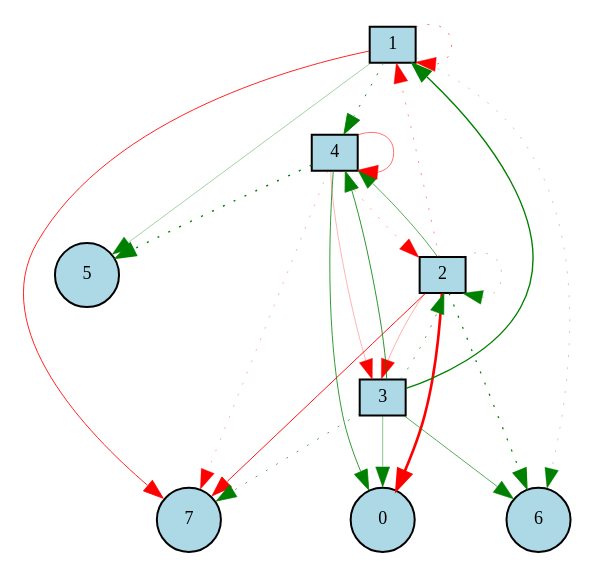
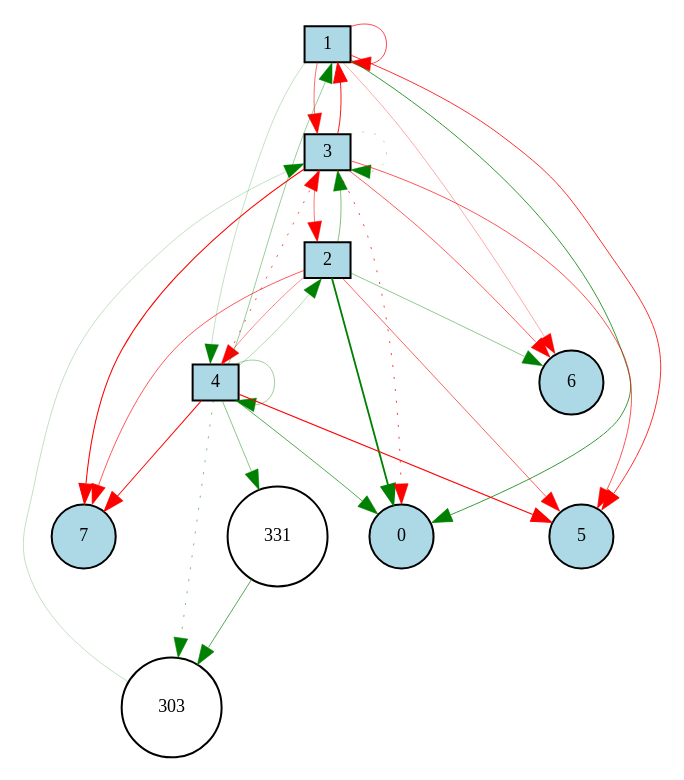
The diagram in out/Digraph.gv (katomasahiro10/cyclic_task), drawn with Graphviz before and after one commit. The commit also changed 204 other files, not shown here.

```diff
--- a/out/Digraph.gv
+++ b/out/Digraph.gv
@@ -1,39 +1,47 @@
 digraph {
 	node [fontsize=9 height=0.2 shape=circle width=0.2]
 	1 [fillcolor=lightgray shape=box style=filled]
 	2 [fillcolor=lightgray shape=box style=filled]
 	3 [fillcolor=lightgray shape=box style=filled]
 	4 [fillcolor=lightgray shape=box style=filled]
 	0 [fillcolor=lightblue style=filled]
 	1 [fillcolor=lightblue style=filled]
 	2 [fillcolor=lightblue style=filled]
 	3 [fillcolor=lightblue style=filled]
 	4 [fillcolor=lightblue style=filled]
 	5 [fillcolor=lightblue style=filled]
 	6 [fillcolor=lightblue style=filled]
 	7 [fillcolor=lightblue style=filled]
-	3 -> 6 [color=green penwidth=0.32574115804722314 style=solid]
-	4 -> 5 [color=green penwidth=0.7185572783153044 style=dotted]
-	2 -> 0 [color=red penwidth=1.3196049321573255 style=solid]
-	2 -> 2 [color=green penwidth=0.1701887556483367 style=dotted]
-	2 -> 1 [color=red penwidth=0.22082746382411217 style=dotted]
-	3 -> 1 [color=green penwidth=0.68973565791044 style=solid]
-	4 -> 4 [color=red penwidth=0.2847537116181535 style=solid]
-	4 -> 3 [color=red penwidth=0.15326766557975754 style=solid]
-	1 -> 5 [color=green penwidth=0.1786754146867945 style=solid]
-	4 -> 0 [color=green penwidth=0.396461660454157 style=solid]
-	2 -> 7 [color=red penwidth=0.4599751063800186 style=solid]
-	4 -> 7 [color=red penwidth=0.15446504312193088 style=dotted]
-	1 -> 1 [color=red penwidth=0.2718470079761077 style=dotted]
-	3 -> 7 [color=green penwidth=0.3331705404177103 style=dotted]
-	4 -> 2 [color=red penwidth=0.17875798161258694 style=dotted]
-	2 -> 3 [color=red penwidth=0.1575329474664978 style=solid]
-	1 -> 7 [color=red penwidth=0.43162198134806506 style=solid]
-	3 -> 0 [color=green penwidth=0.22617651852880047 style=solid]
-	3 -> 2 [color=green penwidth=0.3246670297029073 style=dotted]
-	2 -> 4 [color=green penwidth=0.33164656407745663 style=solid]
-	1 -> 4 [color=green penwidth=0.44594572237410257 style=dotted]
-	3 -> 4 [color=green penwidth=0.4070188389230649 style=solid]
-	1 -> 6 [color=green penwidth=0.15337437427047 style=dotted]
-	2 -> 6 [color=green penwidth=0.6150980050747239 style=dotted]
+	331 [fillcolor=white style=filled]
+	303 [fillcolor=white style=filled]
+	3 -> 6 [color=red penwidth=0.31887545803264916 style=solid]
+	4 -> 5 [color=red penwidth=0.5778578991603716 style=solid]
+	2 -> 0 [color=green penwidth=0.9126347670137243 style=solid]
+	4 -> 331 [color=green penwidth=0.23186732806070995 style=solid]
+	3 -> 3 [color=green penwidth=0.1470797556916692 style=dotted]
+	1 -> 4 [color=green penwidth=0.1153222354907476 style=solid]
+	3 -> 1 [color=red penwidth=0.46147585694675497 style=solid]
+	4 -> 4 [color=green penwidth=0.19412488079166412 style=solid]
+	4 -> 3 [color=red penwidth=0.34873954078210045 style=dotted]
+	1 -> 5 [color=red penwidth=0.41012978557533686 style=solid]
+	4 -> 0 [color=green penwidth=0.3359005510745743 style=solid]
+	331 -> 303 [color=green penwidth=0.3362617302163629 style=solid]
+	2 -> 7 [color=red penwidth=0.3322927428668835 style=solid]
+	3 -> 5 [color=red penwidth=0.33815983812165573 style=solid]
+	1 -> 0 [color=green penwidth=0.39879183202372415 style=solid]
+	4 -> 1 [color=green penwidth=0.20080118908629535 style=solid]
+	1 -> 1 [color=red penwidth=0.36153192382609234 style=solid]
+	3 -> 7 [color=red penwidth=0.5307758043848112 style=solid]
+	2 -> 5 [color=red penwidth=0.30614841019124295 style=solid]
+	4 -> 2 [color=green penwidth=0.14842175772771193 style=solid]
+	2 -> 3 [color=green penwidth=0.24555308006403573 style=solid]
+	303 -> 3 [color=green penwidth=0.11706872617595007 style=solid]
+	3 -> 0 [color=red penwidth=0.37886206412570456 style=dotted]
+	1 -> 3 [color=red penwidth=0.2940723769233061 style=solid]
+	4 -> 303 [color=green penwidth=0.2731493745569856 style=dotted]
+	3 -> 2 [color=red penwidth=0.2728265659021359 style=solid]
+	2 -> 4 [color=red penwidth=0.22895481058344047 style=solid]
+	4 -> 7 [color=red penwidth=0.5146881739279944 style=solid]
+	1 -> 6 [color=red penwidth=0.1683061695137783 style=solid]
+	2 -> 6 [color=green penwidth=0.2227001671879097 style=solid]
 }
```
